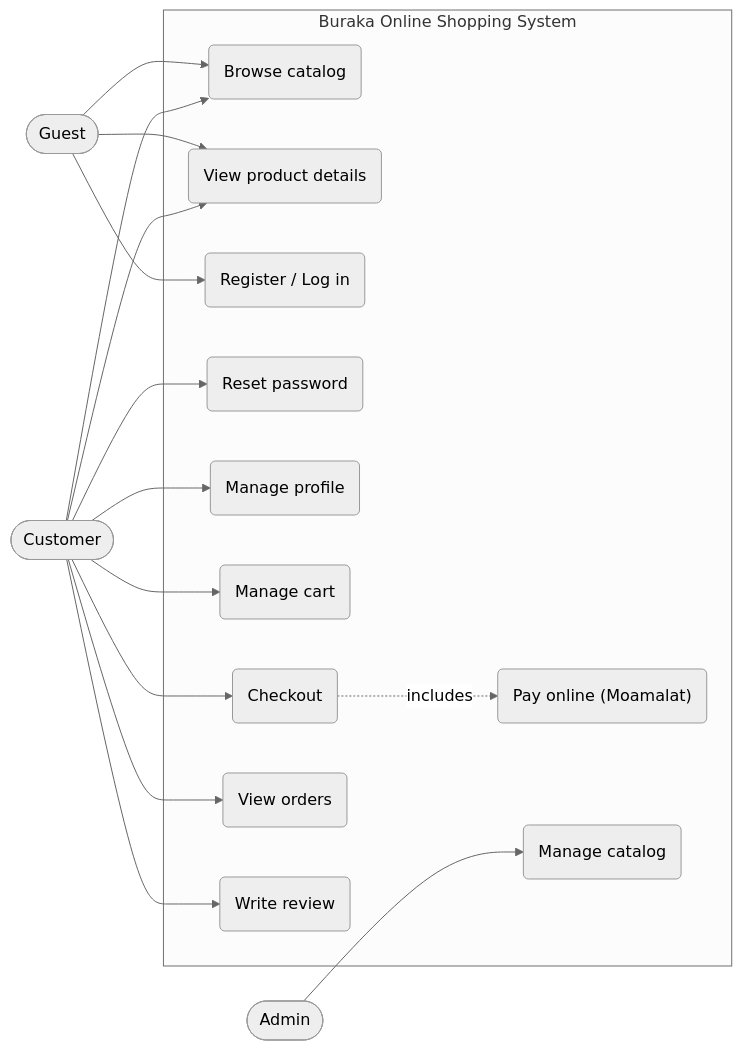
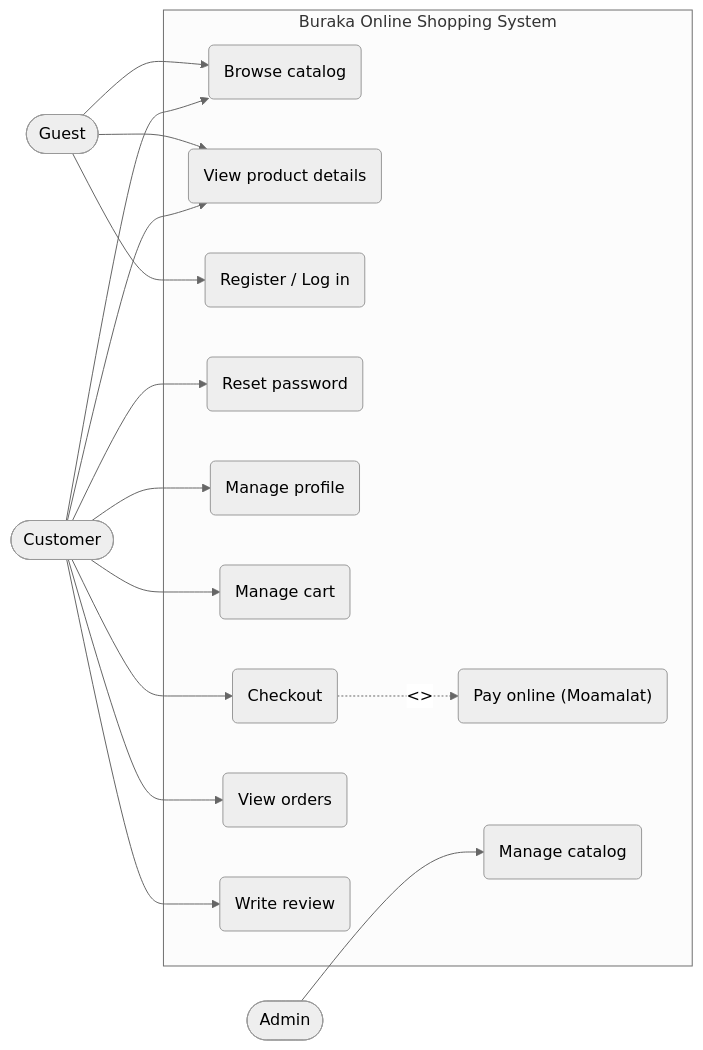
Before and after one commit to alialghanay/buraka: the diagram in buraka-docs/architecture/02-system-overview.md, drawn with Mermaid (neutral theme). The commit also changed 3 other files, not shown here.

First line of the commit message:
docs(architecture): address final review findings

````diff
--- a/buraka-docs/architecture/02-system-overview.md
+++ b/buraka-docs/architecture/02-system-overview.md
@@ -40,25 +40,25 @@
 ```mermaid
 flowchart LR
     guest(["Guest"])
     customer(["Customer"])
     admin(["Admin"])
 
     subgraph buraka["Buraka Online Shopping System"]
         uc1("Browse catalog")
         uc2("View product details")
         uc3("Register / Log in")
         uc4("Reset password")
         uc5("Manage profile")
         uc6("Manage cart")
         uc7("Checkout")
         uc8("Pay online (Moamalat)")
         uc9("View orders")
         uc10("Write review")
         uc11("Manage catalog")
     end
 
     guest --> uc1 & uc2 & uc3
     customer --> uc1 & uc2 & uc4 & uc5 & uc6 & uc7 & uc9 & uc10
-    uc7 -.->|includes| uc8
+    uc7 -.->|<<include>>| uc8
     admin --> uc11
 ```
````
